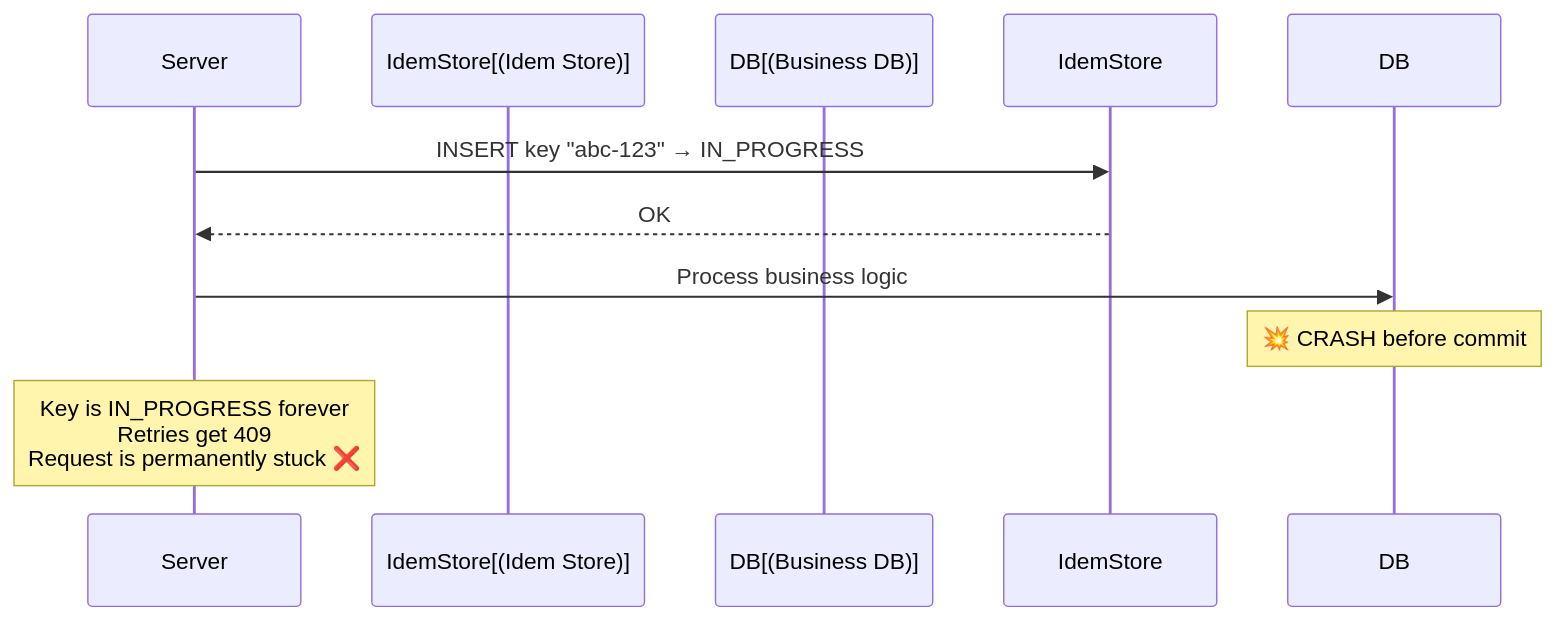
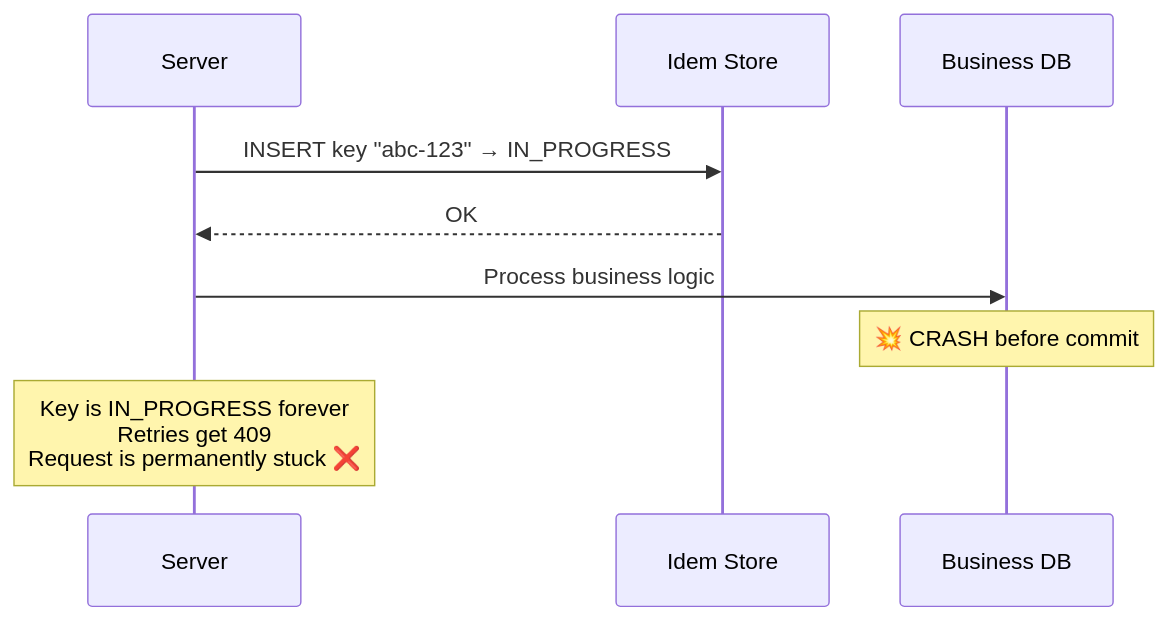
Diagram 19 of 21 in system-design-interview-guide/core-concepts/idempotency.md (bindian0509/system-design), drawn with Mermaid before and after one commit. The commit also changed other lines of this file and 1 other file, not shown here.

````diff
--- a/system-design-interview-guide/core-concepts/idempotency.md
+++ b/system-design-interview-guide/core-concepts/idempotency.md
@@ -531,14 +531,14 @@
 ```mermaid
 sequenceDiagram
     participant Server
-    participant IdemStore[(Idem Store)]
-    participant DB[(Business DB)]
+    participant IdemStore as Idem Store
+    participant DB as Business DB
 
     Server->>IdemStore: INSERT key "abc-123" → IN_PROGRESS
     IdemStore-->>Server: OK
 
     Server->>DB: Process business logic
     Note over DB: 💥 CRASH before commit
 
     Note over Server: Key is IN_PROGRESS forever<br/>Retries get 409<br/>Request is permanently stuck ❌
 ```
````
